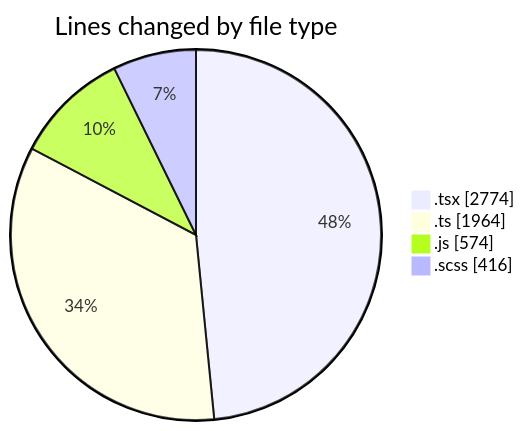
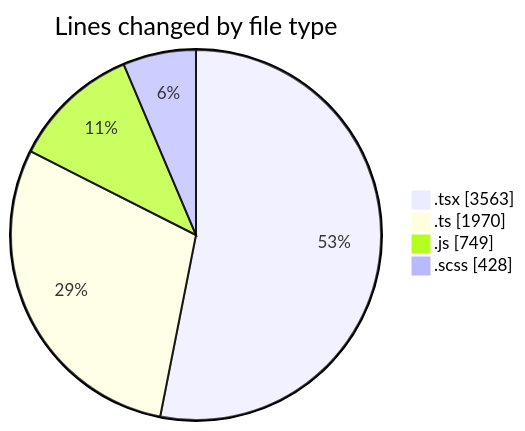
Before and after one commit to momahboobian/code-tracking: the first of 2 diagrams in 2026-06-10/cda/README.md, drawn with Mermaid. The commit also changed other lines of this file and 1 other file, not shown here.

````diff
--- a/2026-06-10/cda/README.md
+++ b/2026-06-10/cda/README.md
@@ -53,8 +57,8 @@
 ```mermaid
 pie showData
 title Lines changed by file type
-".tsx" : 2774
-".ts" : 1964
-".js" : 574
-".scss" : 416
+".tsx" : 3563
+".ts" : 1970
+".js" : 749
+".scss" : 428
 ```
````
